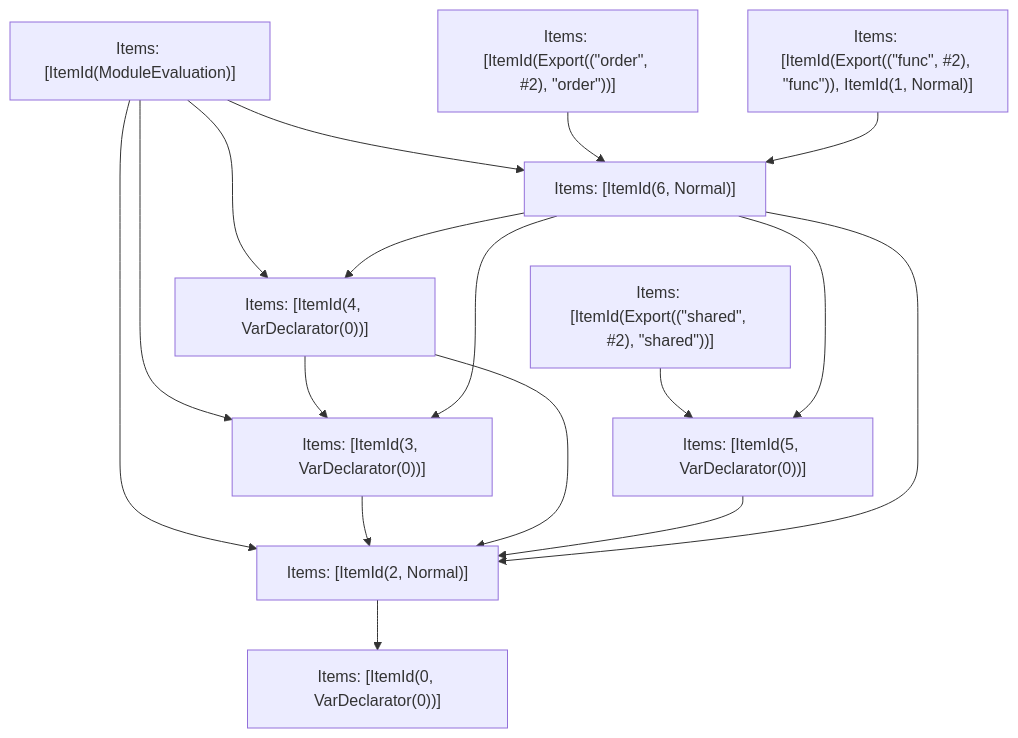
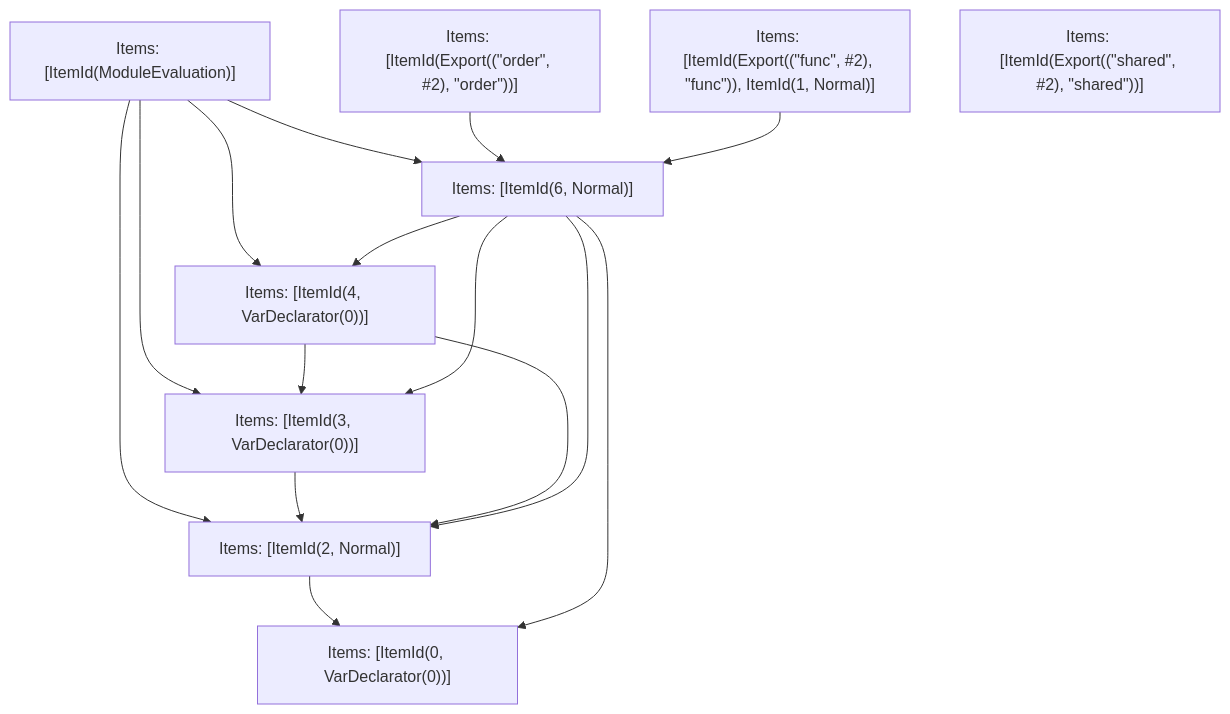
Before and after one commit to vercel/turborepo: the fifth of 5 diagrams in crates/turbopack-ecmascript/tests/tree-shaker/analyzer/write-order/output.md, drawn with Mermaid. The commit also changed other lines of this file and 20 other files, not shown here.

````diff
--- a/crates/turbopack-ecmascript/tests/tree-shaker/analyzer/write-order/output.md
+++ b/crates/turbopack-ecmascript/tests/tree-shaker/analyzer/write-order/output.md
@@ -200,29 +214,26 @@
 ```mermaid
 graph TD
     N0["Items: [ItemId(ModuleEvaluation)]"];
     N1["Items: [ItemId(Export((&quot;order&quot;, #2), &quot;order&quot;))]"];
     N2["Items: [ItemId(Export((&quot;func&quot;, #2), &quot;func&quot;)), ItemId(1, Normal)]"];
     N3["Items: [ItemId(Export((&quot;shared&quot;, #2), &quot;shared&quot;))]"];
     N4["Items: [ItemId(0, VarDeclarator(0))]"];
     N5["Items: [ItemId(2, Normal)]"];
     N6["Items: [ItemId(3, VarDeclarator(0))]"];
     N7["Items: [ItemId(4, VarDeclarator(0))]"];
-    N8["Items: [ItemId(5, VarDeclarator(0))]"];
-    N9["Items: [ItemId(6, Normal)]"];
+    N8["Items: [ItemId(6, Normal)]"];
     N0 --> N5;
     N0 --> N6;
     N0 --> N7;
-    N0 --> N9;
-    N1 --> N9;
-    N2 --> N9;
-    N3 --> N8;
+    N0 --> N8;
+    N1 --> N8;
+    N2 --> N8;
     N5 --> N4;
     N6 --> N5;
     N7 --> N5;
     N7 --> N6;
+    N8 --> N4;
     N8 --> N5;
-    N9 --> N8;
-    N9 --> N5;
-    N9 --> N6;
-    N9 --> N7;
+    N8 --> N6;
+    N8 --> N7;
 ```
````
